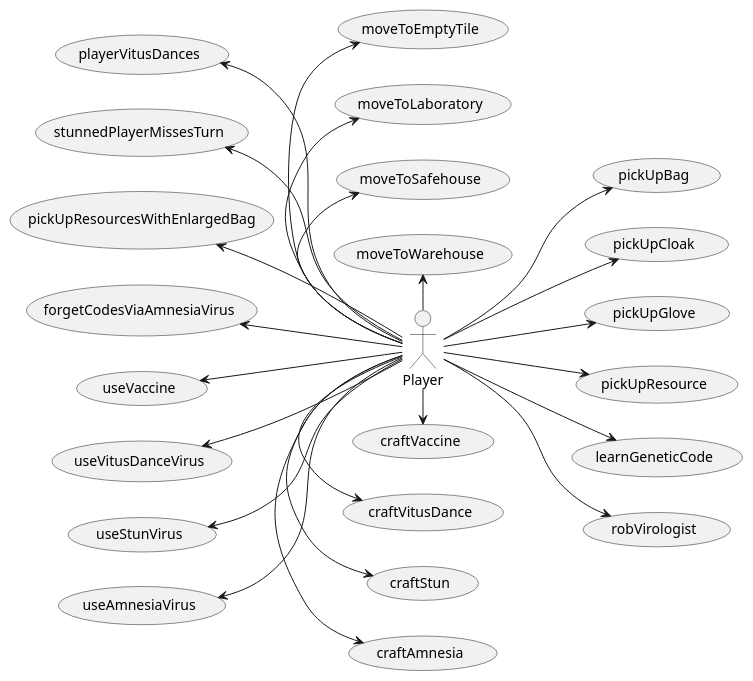
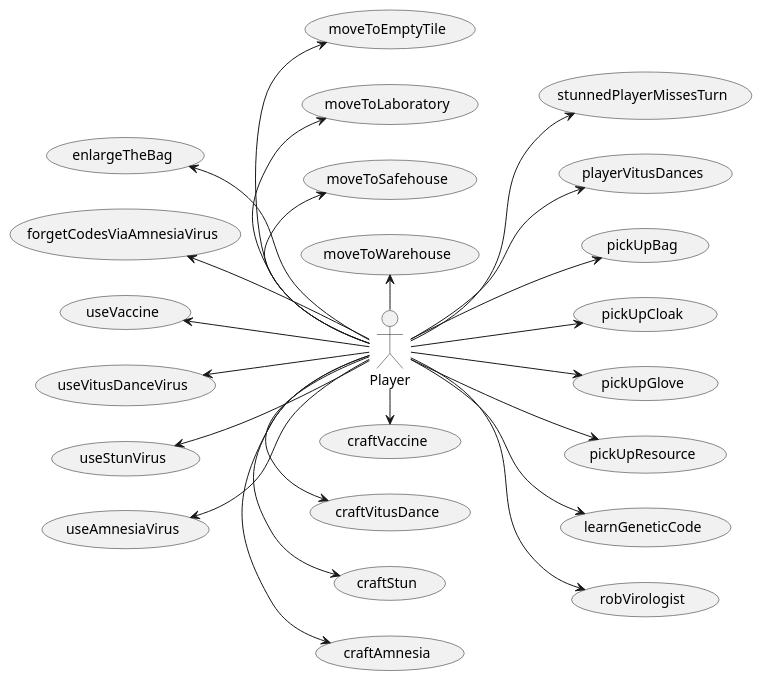
The diagram in docs/testCases/testCaseDiagram.puml (Tschonti/503-service-unavailable), drawn with PlantUML before and after one commit. The commit also changed 14 other files, not shown here.

```diff
--- a/docs/testCases/testCaseDiagram.puml
+++ b/docs/testCases/testCaseDiagram.puml
@@ -1,75 +1,77 @@
 @startuml
 left to right direction
 actor Player as P
 'actor Controller as C
 
 'kérdés mindegyikre: magadra vagy másra?
 'van e más játékos a mezőn?
 'kérdések counterimpactben: van e azon, akin alkalmazták, cloak, glove vagy vaccine
 (useAmnesiaVirus) as uAv
 (useStunVirus) as uSv
 (useVitusDanceVirus) as uVdv
 (useVaccine) as uV
+
+(forgetCodesViaAmnesiaVirus) as fcvav
+(enlargeTheBag) as purweb
+(stunnedPlayerMissesTurn) as spmt
+(playerVitusDances) as pvd
 
 /' Vírusokat craftol (szerintem nem kell mindegyiket külön)'/
 (craftVaccine) as cV
 (craftVitusDance) as cVd
 (craftAmnesia) as cA
 (craftStun) as cS
 
 /' Mező típusokra lép '/
 (pickUpBag) as pB
 (pickUpCloak) as pC
 (pickUpGlove) as pG
 (pickUpResource) as pRES
 (learnGeneticCode)  as lGC
 
 (moveToWarehouse) as mWh
 (moveToSafehouse) as mSh
 (moveToLaboratory) as mL
 (moveToEmptyTile) as mEt
 
-(forgetCodesViaAmnesiaVirus) as fcvav
-(pickUpResourcesWithEnlargedBag) as purweb
-(stunnedPlayerMissesTurn) as spmt
-(playerVitusDances) as pvd
+
 
 /' Scenes '/
 (robVirologist) as rv
 
 P -left-> mWh
 P -left-> mSh
 P -left-> mL
 P -left-> mEt
 
 P -up-> uAv
 P -up-> uSv
 P -up-> uVdv
 P -up-> uV
 
 P -up-> fcvav
 P -up-> purweb
-P -up-> spmt
-P -up-> pvd
+P -down-> spmt
+P -down-> pvd
 
 P -right-> cA
 P -right-> cS
 P -right-> cVd
 P -right-> cV
 
 P -down-> rv
 P -down-> pG
 P -down-> pC
 P -down-> pB
 P -down-> lGC
 P -down-> pRES
 
 /' Controller test-cases '/
 
 '(createMap) as cM
 '(nextRound) as nR
 '
 'C --> cM
 'C --> nR
 
 @enduml
```
